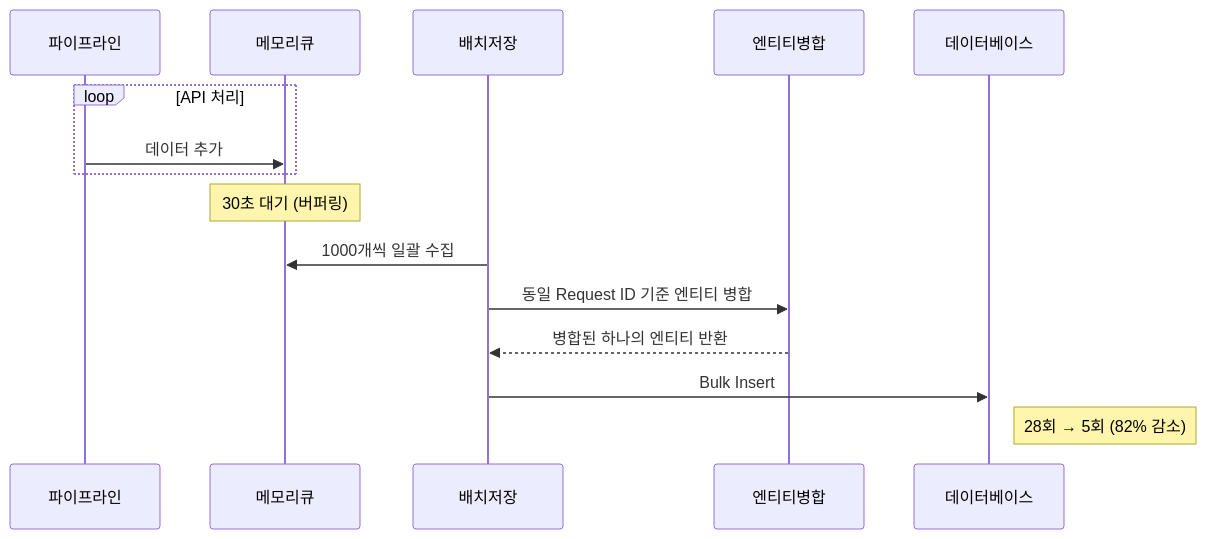
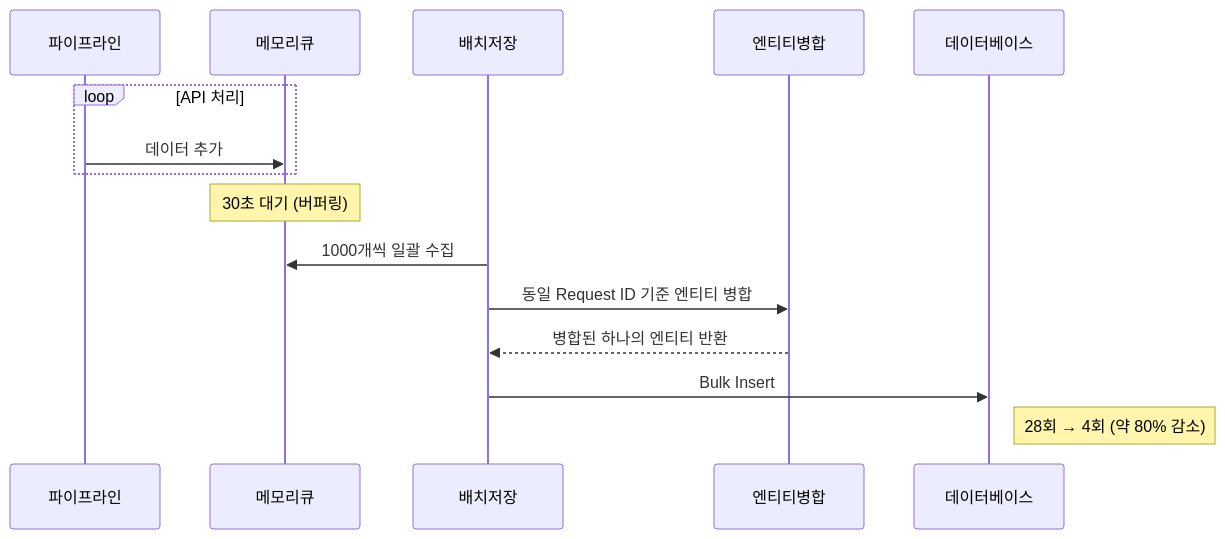
Before and after one commit to APIDOC43/SpringBoot-Saas: the second of 3 diagrams in README.md, drawn with Mermaid. The commit also changed other lines of this file, not shown here.

````diff
--- a/README.md
+++ b/README.md
@@ -54,20 +59,20 @@
 ```mermaid
 sequenceDiagram
    participant Pipeline as 파이프라인
    participant Queue as 메모리큐
    participant BatchSaver as 배치저장
    participant Merger as 엔티티병합
    participant DB as 데이터베이스
    
    loop API 처리
        Pipeline ->> Queue: 데이터 추가 
    end
    
    Note over Queue: 30초 대기 (버퍼링)
    
    BatchSaver ->> Queue: 1000개씩 일괄 수집
    BatchSaver ->> Merger: 동일 Request ID 기준 엔티티 병합
    Merger -->> BatchSaver: 병합된 하나의 엔티티 반환
    BatchSaver ->> DB: Bulk Insert
-   Note right of DB: 28회 → 5회 (82% 감소)
+   Note right of DB: 28회 → 4회 (약 80% 감소)
 ```
````
